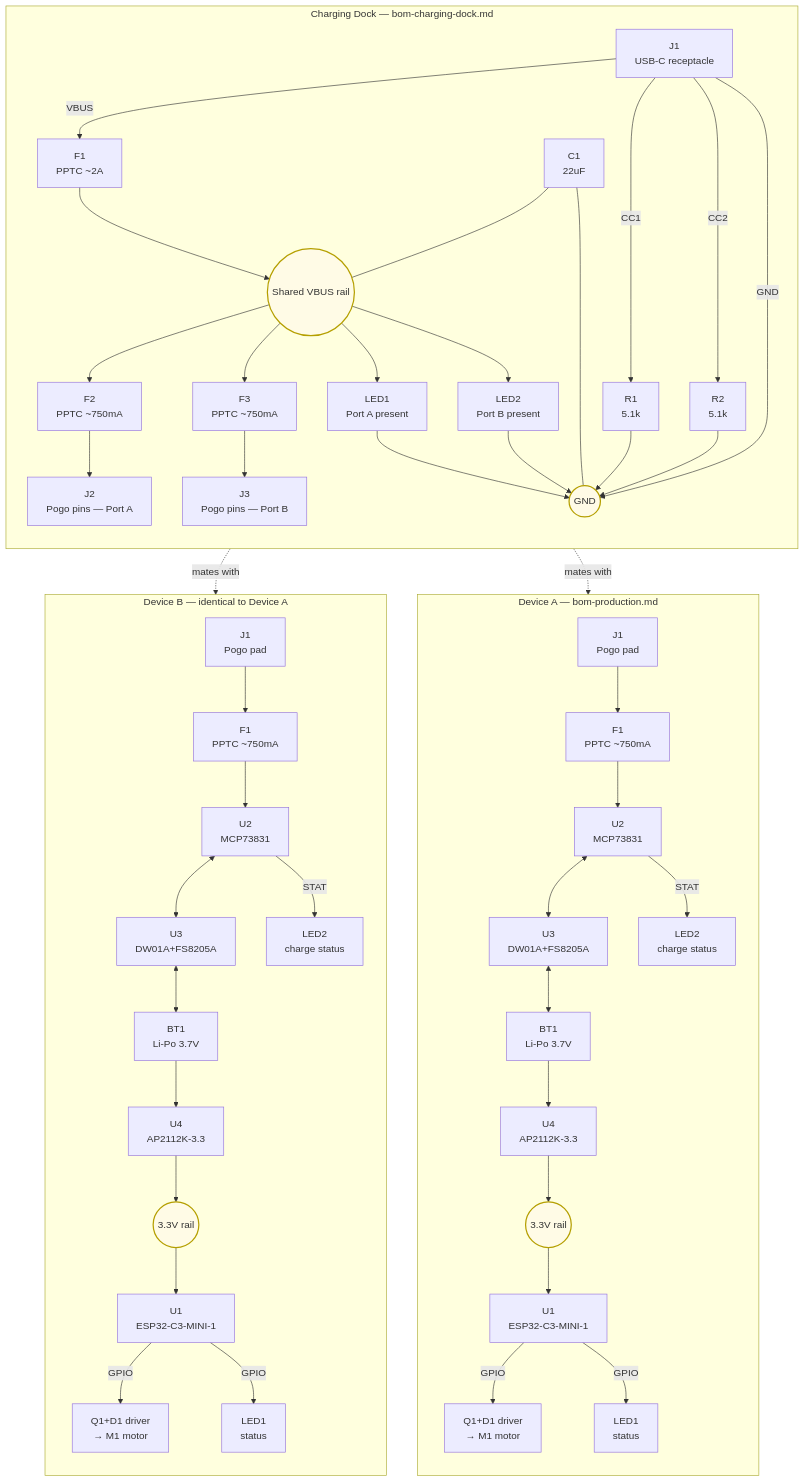
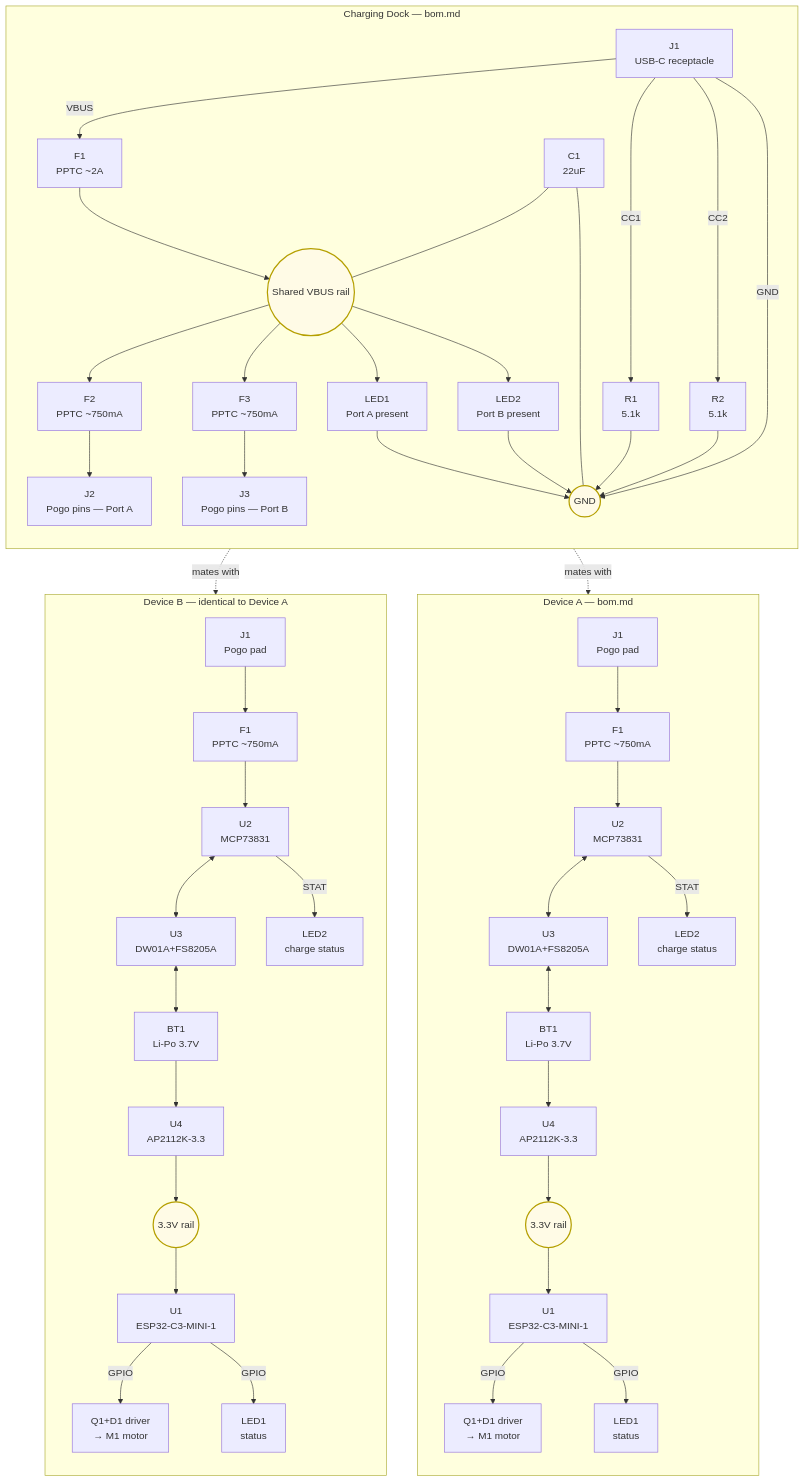
The diagram in firmware/hardware/charging-system-diagram.md (Rhosys/Kinetic-Jewelry), drawn with Mermaid before and after one commit. The commit also changed other lines of this file and 5 other files, not shown here.

````diff
--- a/firmware/hardware/charging-system-diagram.md
+++ b/firmware/hardware/charging-system-diagram.md
@@ -10,53 +10,53 @@
 ```mermaid
 flowchart TB
-    subgraph DOCK["Charging Dock — bom-charging-dock.md"]
+    subgraph DOCK["Charging Dock — bom.md"]
         direction TB
         USBC["J1<br/>USB-C receptacle"] -->|"VBUS"| FMAIN["F1<br/>PPTC ~2A"]
         USBC -->|"CC1"| RCC1["R1<br/>5.1k"] --> DGND(("GND"))
         USBC -->|"CC2"| RCC2["R2<br/>5.1k"] --> DGND
         USBC -->|"GND"| DGND
         FMAIN --> DRAIL(("Shared VBUS rail"))
         C1D["C1<br/>22uF"] --- DRAIL
         C1D --- DGND
         DRAIL --> FA["F2<br/>PPTC ~750mA"]
         DRAIL --> FB["F3<br/>PPTC ~750mA"]
         FA --> PORTA["J2<br/>Pogo pins — Port A"]
         FB --> PORTB["J3<br/>Pogo pins — Port B"]
         DRAIL --> LEDDA["LED1<br/>Port A present"] --> DGND
         DRAIL --> LEDDB["LED2<br/>Port B present"] --> DGND
     end
 
-    subgraph DEVA["Device A — bom-production.md"]
+    subgraph DEVA["Device A — bom.md"]
         direction TB
         PADA["J1<br/>Pogo pad"] --> FUSEA["F1<br/>PPTC ~750mA"]
         FUSEA --> CHGA["U2<br/>MCP73831"]
         CHGA <--> PROTA["U3<br/>DW01A+FS8205A"]
         PROTA <--> BATA["BT1<br/>Li-Po 3.7V"]
         BATA --> LDOA["U4<br/>AP2112K-3.3"]
         LDOA --> RAILA(("3.3V rail"))
         RAILA --> MCUA["U1<br/>ESP32-C3-MINI-1"]
         MCUA -->|"GPIO"| MOTA["Q1+D1 driver<br/>→ M1 motor"]
         MCUA -->|"GPIO"| LEDA1["LED1<br/>status"]
         CHGA -->|"STAT"| LEDA2["LED2<br/>charge status"]
     end
 
     subgraph DEVB["Device B — identical to Device A"]
         direction TB
         PADB["J1<br/>Pogo pad"] --> FUSEB["F1<br/>PPTC ~750mA"]
         FUSEB --> CHGB["U2<br/>MCP73831"]
         CHGB <--> PROTB["U3<br/>DW01A+FS8205A"]
         PROTB <--> BATB["BT1<br/>Li-Po 3.7V"]
         BATB --> LDOB["U4<br/>AP2112K-3.3"]
         LDOB --> RAILB(("3.3V rail"))
         RAILB --> MCUB["U1<br/>ESP32-C3-MINI-1"]
         MCUB -->|"GPIO"| MOTB["Q1+D1 driver<br/>→ M1 motor"]
         MCUB -->|"GPIO"| LEDB1["LED1<br/>status"]
         CHGB -->|"STAT"| LEDB2["LED2<br/>charge status"]
     end
 
     PORTA -.->|"mates with"| PADA
     PORTB -.->|"mates with"| PADB
 
     classDef net fill:#fffbe6,stroke:#b59f00,stroke-width:2px;
     class DGND,DRAIL,RAILA,RAILB net;
 ```
````
